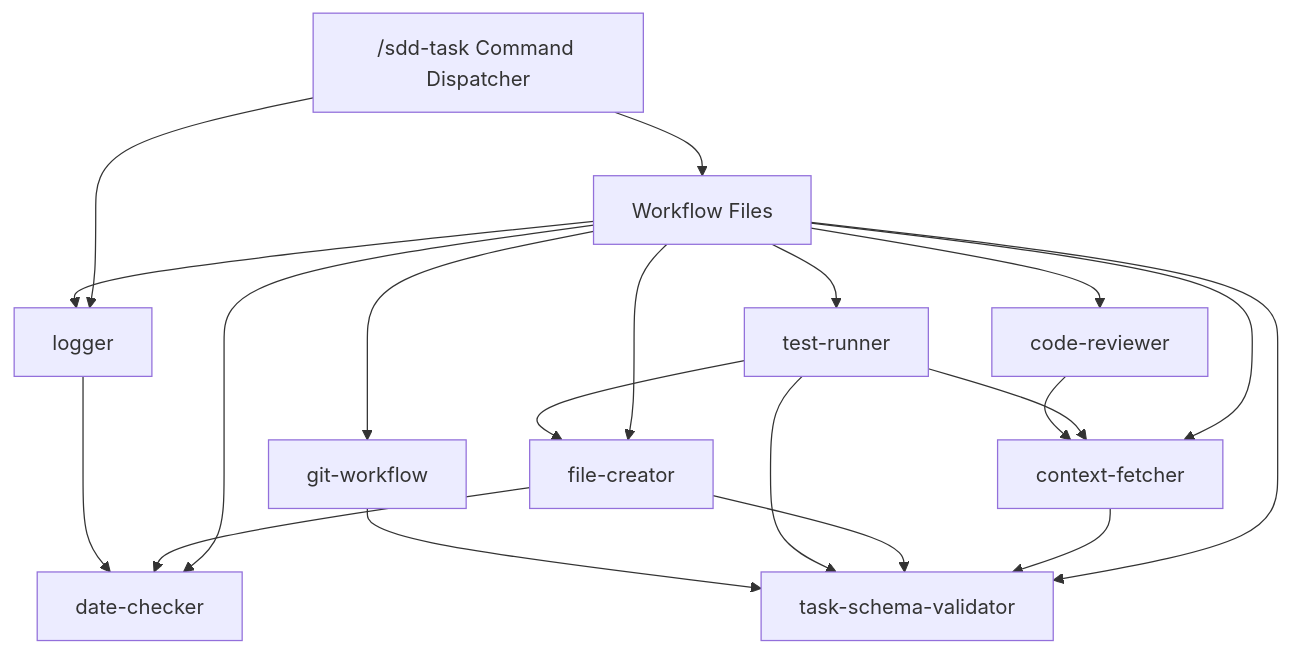
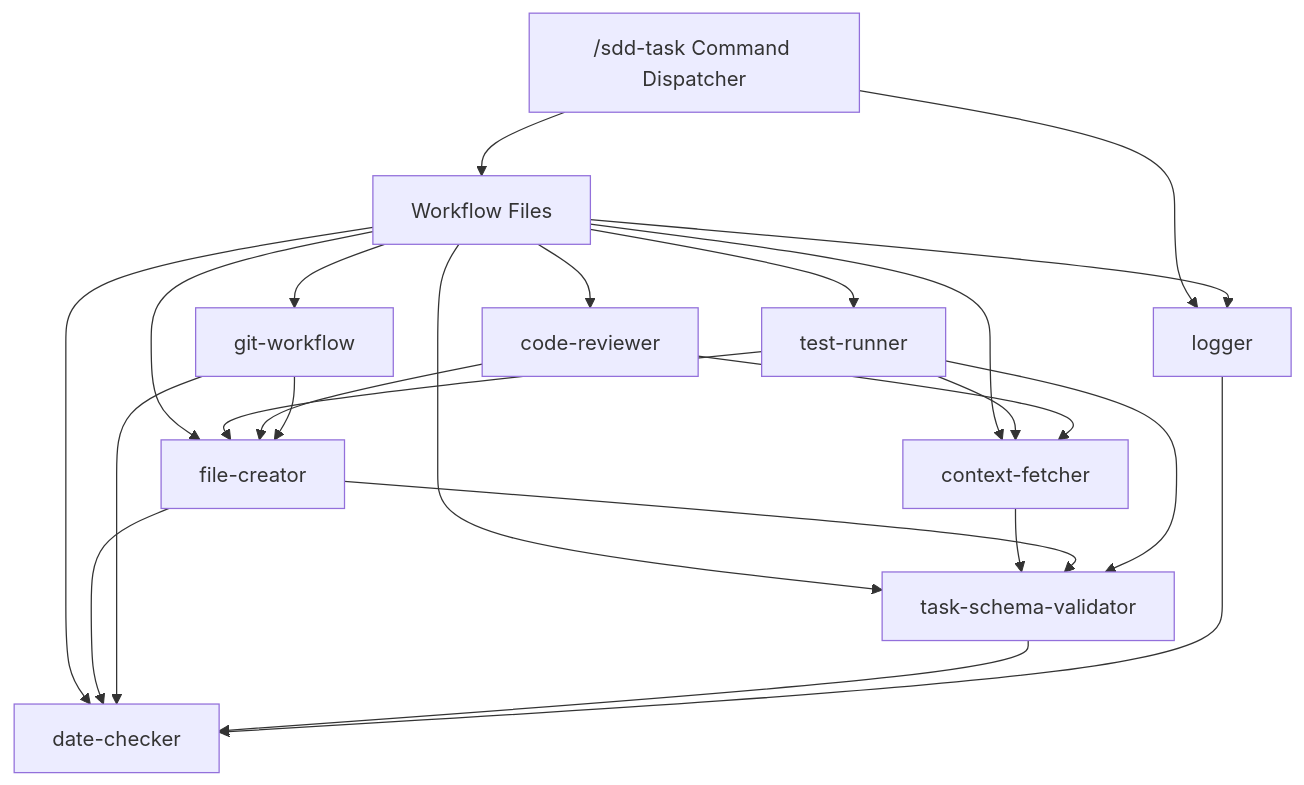
One commit to ai-ventures-hub/agent-sdd changed the diagram in .claude/docs/dependency-flow.md. Above: the diagram before and after it, drawn with Mermaid. The commit also changed other lines of this file and 7 other files, not shown here.

````diff
--- a/.claude/docs/dependency-flow.md
+++ b/.claude/docs/dependency-flow.md
@@ -8,24 +28,27 @@
 ```mermaid
 graph TD
     CMD["/sdd-task Command Dispatcher"] --> LOG[logger]
     CMD --> WF[Workflow Files]
     
     WF --> TSV[task-schema-validator]
     WF --> CF[context-fetcher]
     WF --> FC[file-creator]
     WF --> DC[date-checker]
     WF --> TR[test-runner]
     WF --> CR[code-reviewer]
     WF --> GW[git-workflow]
     WF --> LOG
     
     CF --> TSV
+    FC --> TSV
     FC --> DC
-    FC --> TSV
     TR --> CF
     TR --> FC
     TR --> TSV
     CR --> CF
-    GW --> TSV
+    CR --> FC
+    GW --> FC
+    GW --> DC
+    TSV --> DC
     LOG --> DC
 ```
````
